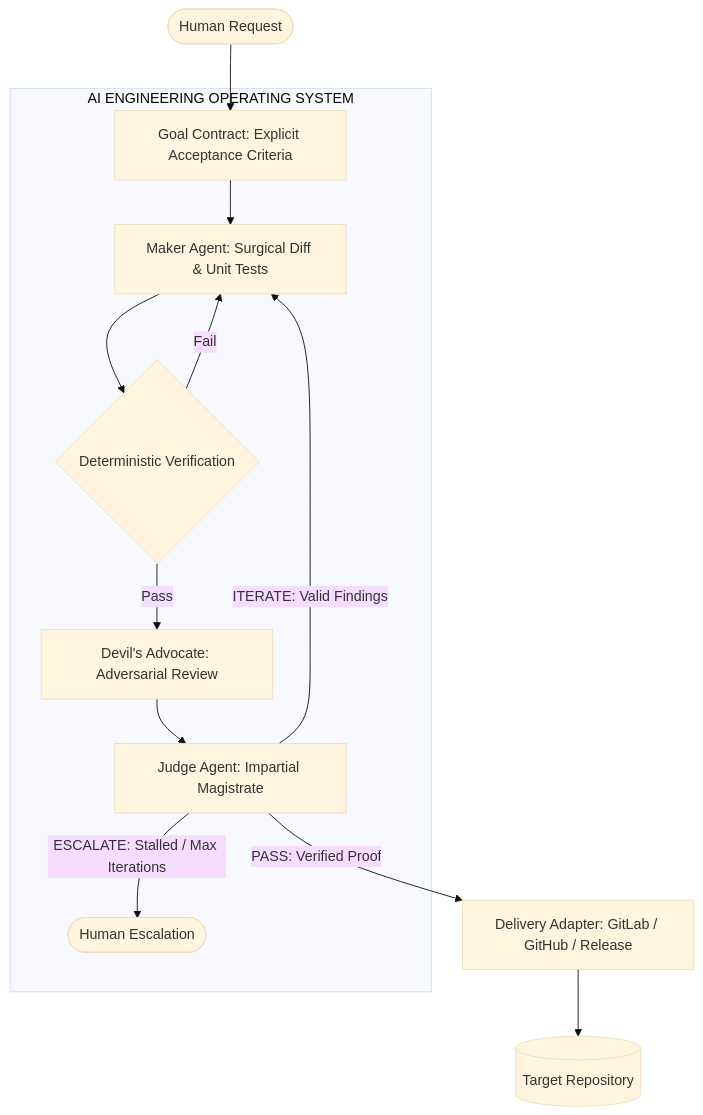
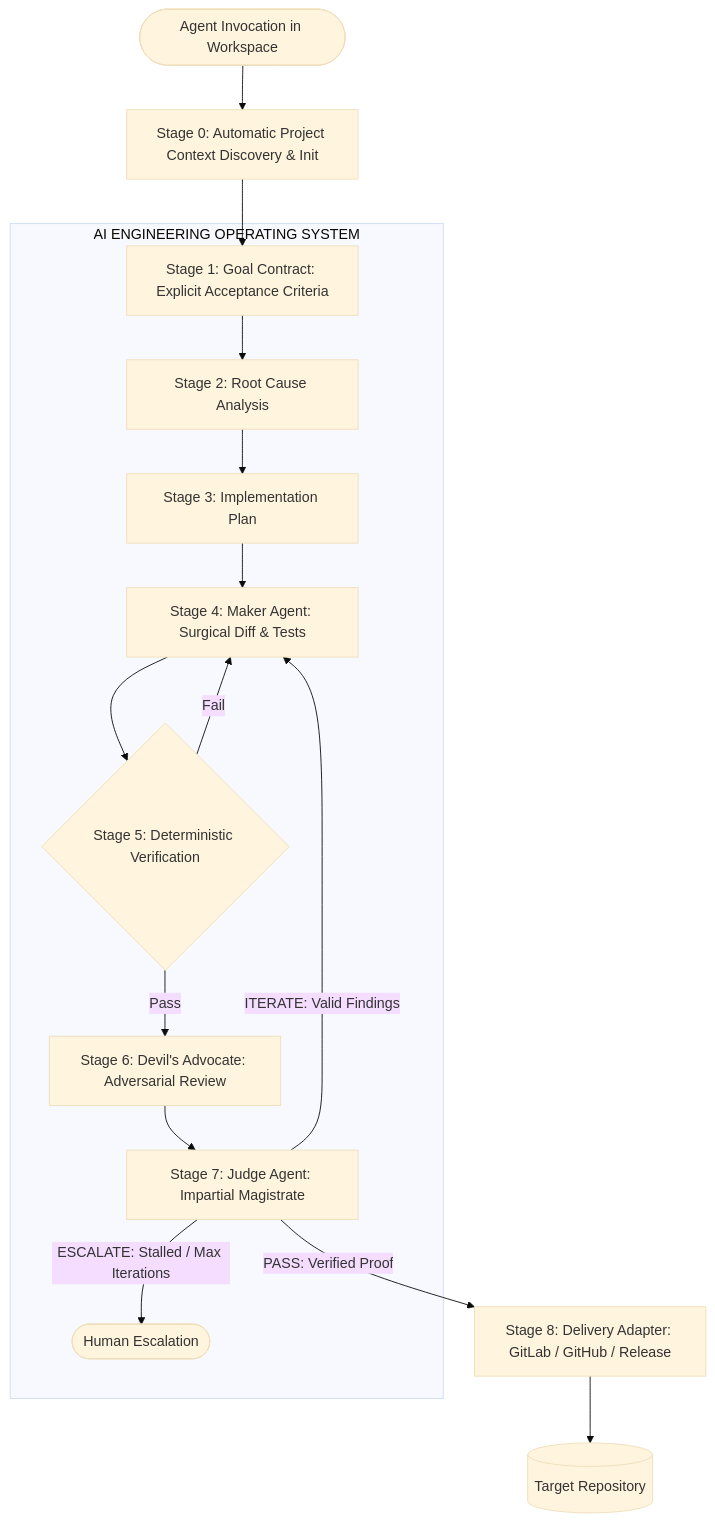
Before and after one commit to egagofur/ai-engineering-loop: the diagram in README.md, drawn with Mermaid (base theme). The commit also changed other lines of this file and 8 other files, not shown here.

Commit message:
feat: add automatic project initialization and context discovery lifecycle stage

````diff
--- a/README.md
+++ b/README.md
@@ -27,20 +27,23 @@
 ```mermaid
 flowchart TD
-    Human([Human Request]) --> GC[Goal Contract: Explicit Acceptance Criteria]
+    Start([Agent Invocation in Workspace]) --> Init[Stage 0: Automatic Project Context Discovery & Init]
+    Init --> GC[Stage 1: Goal Contract: Explicit Acceptance Criteria]
     
     subgraph CoreEngine [AI ENGINEERING OPERATING SYSTEM]
-        GC --> MA[Maker Agent: Surgical Diff & Unit Tests]
-        MA --> DV{Deterministic Verification}
+        GC --> RCA[Stage 2: Root Cause Analysis]
+        RCA --> Plan[Stage 3: Implementation Plan]
+        Plan --> MA[Stage 4: Maker Agent: Surgical Diff & Tests]
+        MA --> DV{Stage 5: Deterministic Verification}
         
         DV -->|Fail| MA
-        DV -->|Pass| DA[Devil's Advocate: Adversarial Review]
+        DV -->|Pass| DA[Stage 6: Devil's Advocate: Adversarial Review]
         
-        DA --> JD[Judge Agent: Impartial Magistrate]
+        DA --> JD[Stage 7: Judge Agent: Impartial Magistrate]
         
         JD -->|ITERATE: Valid Findings| MA
         JD -->|ESCALATE: Stalled / Max Iterations| HE([Human Escalation])
     end
     
-    JD -->|PASS: Verified Proof| Adapter[Delivery Adapter: GitLab / GitHub / Release]
+    JD -->|PASS: Verified Proof| Adapter[Stage 8: Delivery Adapter: GitLab / GitHub / Release]
     Adapter --> TargetRepo[(Target Repository)]
 ```
````
